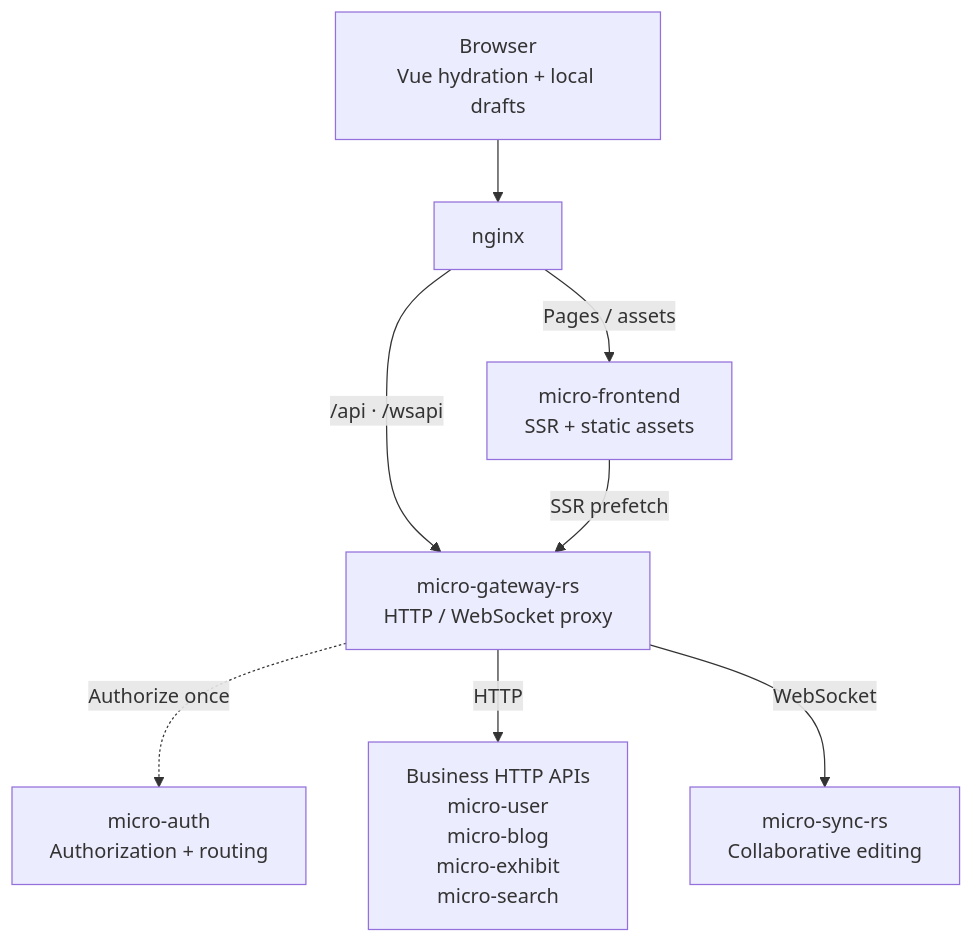
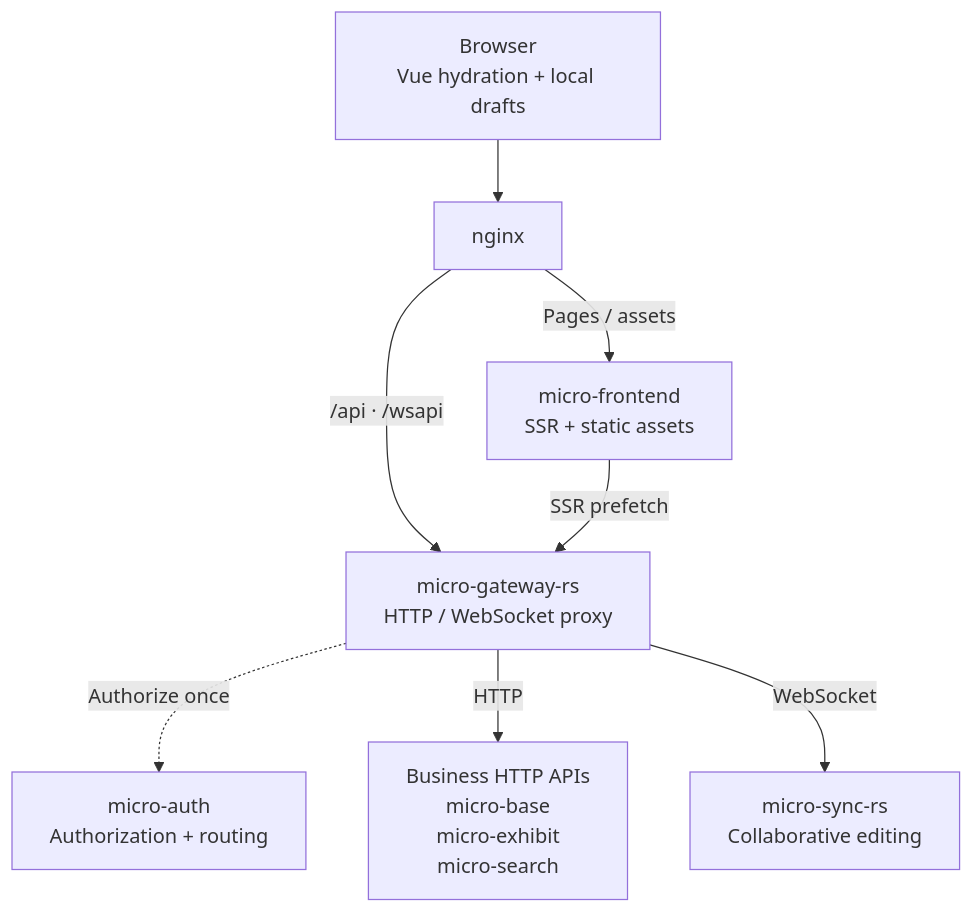
One commit to mingchiuli/megalith-micro changed the first of 3 diagrams in README.md. Above: the diagram before and after it, drawn with Mermaid. The commit also changed other lines of this file and 794 other files, not shown here.

First line of the commit message:
feat: merge blog and user into base and port auth and exhibit to Rust

````diff
--- a/README.md
+++ b/README.md
@@ -37,18 +37,18 @@
 ```mermaid
 flowchart TB
     Browser["Browser<br/>Vue hydration + local drafts"]
     Nginx["nginx"]
     Frontend["micro-frontend<br/>SSR + static assets"]
     Gateway["micro-gateway-rs<br/>HTTP / WebSocket proxy"]
     Auth["micro-auth<br/>Authorization + routing"]
-    APIs["Business HTTP APIs<br/>micro-user<br/>micro-blog<br/>micro-exhibit<br/>micro-search"]
+    APIs["Business HTTP APIs<br/>micro-base<br/>micro-exhibit<br/>micro-search"]
     Sync["micro-sync-rs<br/>Collaborative editing"]
 
     Browser --> Nginx
     Nginx -->|Pages / assets| Frontend
     Nginx -->|/api · /wsapi| Gateway
     Frontend -->|SSR prefetch| Gateway
     Gateway -.->|Authorize once| Auth
     Gateway -->|HTTP| APIs
     Gateway -->|WebSocket| Sync
 ```
````
